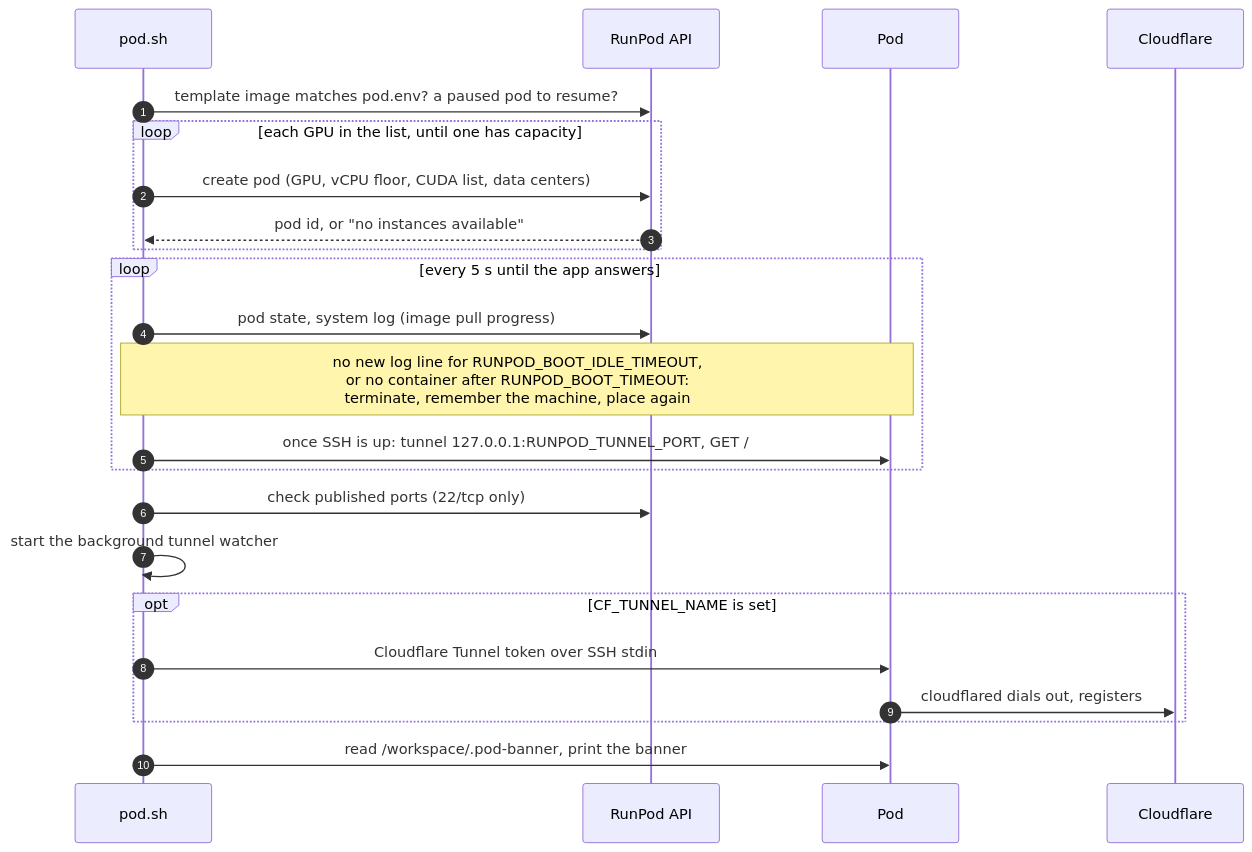
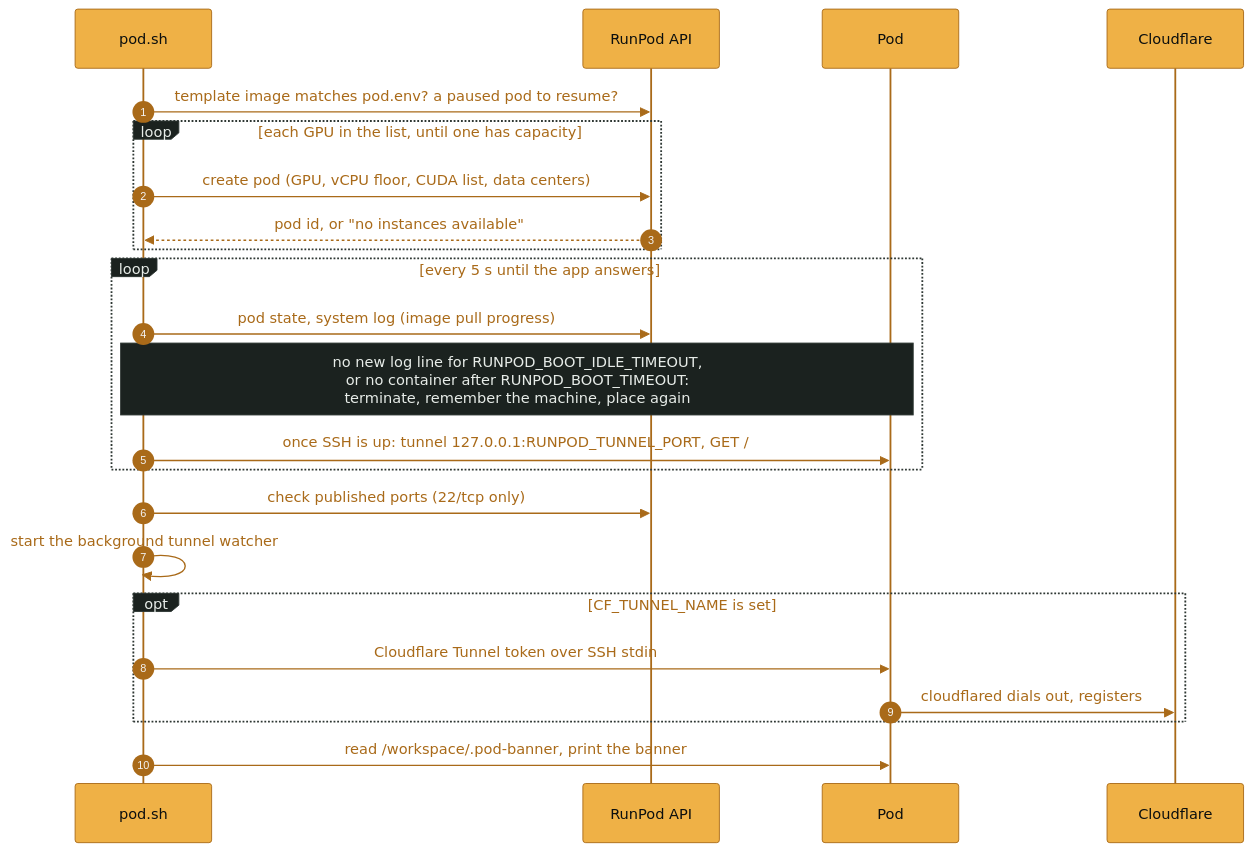
Before and after one commit to BitWise-0x/GPU-Cloud-Ai-recipes: the diagram in runpod/README.md, drawn with Mermaid. The commit also changed 8 other files, not shown here.

Commit message:
Restyle the diagrams in amber and black and add the BitWise footer

````diff
--- a/runpod/README.md
+++ b/runpod/README.md
@@ -91,26 +91,27 @@
 ```mermaid
+%%{init: {'theme':'base','themeVariables':{'actorBkg':'#efb146','actorBorder':'#a96a19','actorTextColor':'#0c0f0e','actorLineColor':'#a96a19','signalColor':'#a96a19','signalTextColor':'#a96a19','noteBkgColor':'#1b221f','noteBorderColor':'#2e3733','noteTextColor':'#e7ece8','activationBkgColor':'#efb146','activationBorderColor':'#a96a19','labelBoxBkgColor':'#1b221f','labelBoxBorderColor':'#2e3733','labelTextColor':'#e7ece8','loopTextColor':'#a96a19'}}}%%
 sequenceDiagram
     autonumber
     participant K as pod.sh
     participant API as RunPod API
     participant P as Pod
     participant CF as Cloudflare
 
     K->>API: template image matches pod.env? a paused pod to resume?
     loop each GPU in the list, until one has capacity
         K->>API: create pod (GPU, vCPU floor, CUDA list, data centers)
         API-->>K: pod id, or "no instances available"
     end
     loop every 5 s until the app answers
         K->>API: pod state, system log (image pull progress)
         Note over K,P: no new log line for RUNPOD_BOOT_IDLE_TIMEOUT,<br>or no container after RUNPOD_BOOT_TIMEOUT:<br>terminate, remember the machine, place again
         K->>P: once SSH is up: tunnel 127.0.0.1:RUNPOD_TUNNEL_PORT, GET /
     end
     K->>API: check published ports (22/tcp only)
     K->>K: start the background tunnel watcher
     opt CF_TUNNEL_NAME is set
         K->>P: Cloudflare Tunnel token over SSH stdin
         P->>CF: cloudflared dials out, registers
     end
     K->>P: read /workspace/.pod-banner, print the banner
 ```
````
